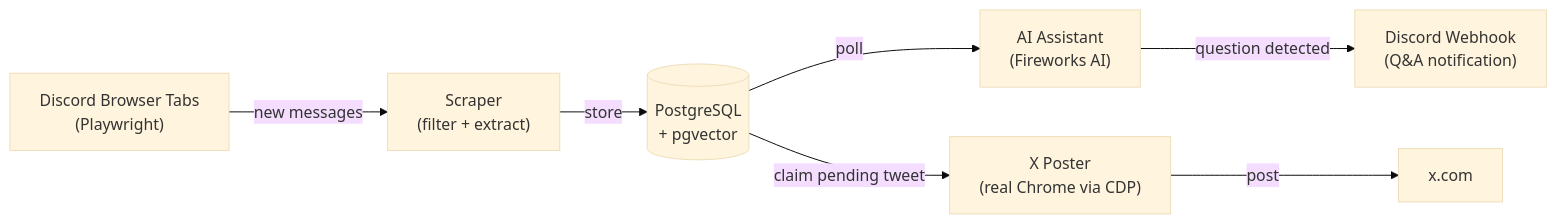
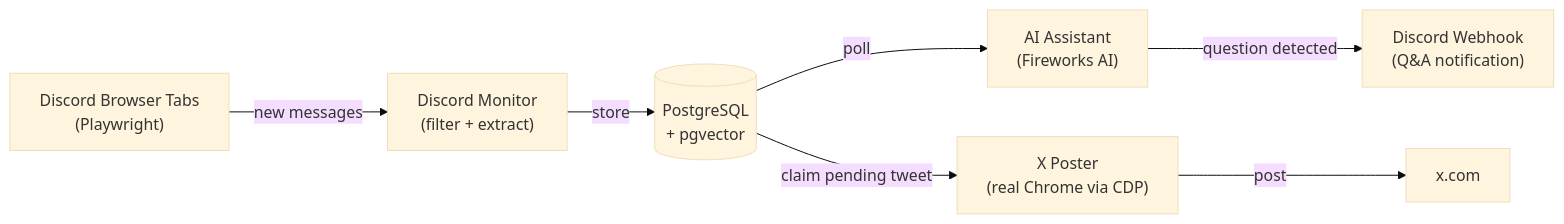
Before and after one commit to archlab-space/multi-tab-listening: the diagram in README.md, drawn with Mermaid (base theme). The commit also changed other lines of this file and 22 other files, not shown here.

First line of the commit message:
refactor: rename the scraper package to discord-monitor

````diff
--- a/README.md
+++ b/README.md
@@ -21,9 +21,9 @@
 ```mermaid
 flowchart LR
-    A["Discord Browser Tabs\n(Playwright)"] -->|"new messages"| B["Scraper\n(filter + extract)"]
+    A["Discord Browser Tabs\n(Playwright)"] -->|"new messages"| B["Discord Monitor\n(filter + extract)"]
     B -->|store| C[("PostgreSQL\n+ pgvector")]
     C -->|poll| D["AI Assistant\n(Fireworks AI)"]
     D -->|"question detected"| E["Discord Webhook\n(Q&A notification)"]
     C -->|"claim pending tweet"| F["X Poster\n(real Chrome via CDP)"]
     F -->|post| G["x.com"]
 ```
````
